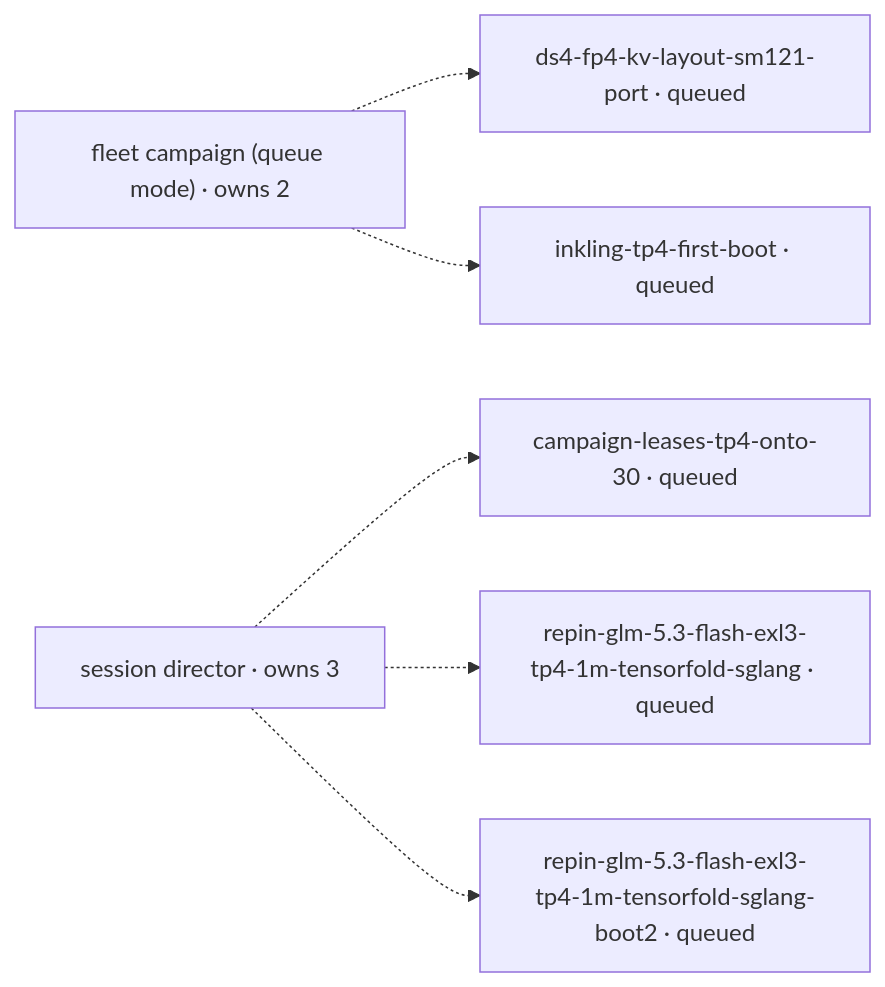
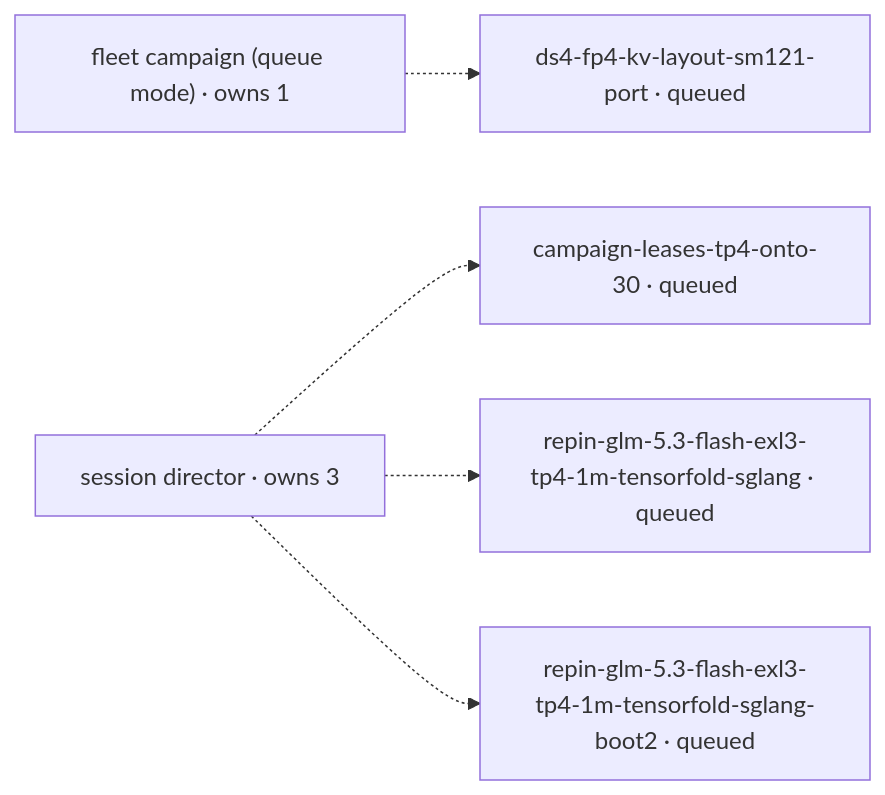
The diagram in mad-science/STATUS.md (littlecedar/sparkrun-recipe-registry), drawn with Mermaid before and after one commit. The commit also changed other lines of this file, not shown here.

````diff
--- a/mad-science/STATUS.md
+++ b/mad-science/STATUS.md
@@ -22,17 +22,15 @@
 ```mermaid
 flowchart LR
-  %% 0 blocked, 0 blocker edge(s), 5 drained by fleet campaign (queue mode) (2), session director (3)
-  r1["fleet campaign (queue mode) · owns 2"]
+  %% 0 blocked, 0 blocker edge(s), 4 drained by fleet campaign (queue mode) (1), session director (3)
+  r1["fleet campaign (queue mode) · owns 1"]
   r2["session director · owns 3"]
   t1["campaign-leases-tp4-onto-30 · queued"]
   t2["ds4-fp4-kv-layout-sm121-port · queued"]
-  t3["inkling-tp4-first-boot · queued"]
-  t4["repin-glm-5.3-flash-exl3-tp4-1m-tensorfold-sglang · queued"]
-  t5["repin-glm-5.3-flash-exl3-tp4-1m-tensorfold-sglang-boot2 · queued"]
+  t3["repin-glm-5.3-flash-exl3-tp4-1m-tensorfold-sglang · queued"]
+  t4["repin-glm-5.3-flash-exl3-tp4-1m-tensorfold-sglang-boot2 · queued"]
   r1 -.-> t2
-  r1 -.-> t3
   r2 -.-> t1
+  r2 -.-> t3
   r2 -.-> t4
-  r2 -.-> t5
   classDef no-recorded-edge stroke-dasharray: 4 3
 ```
````
